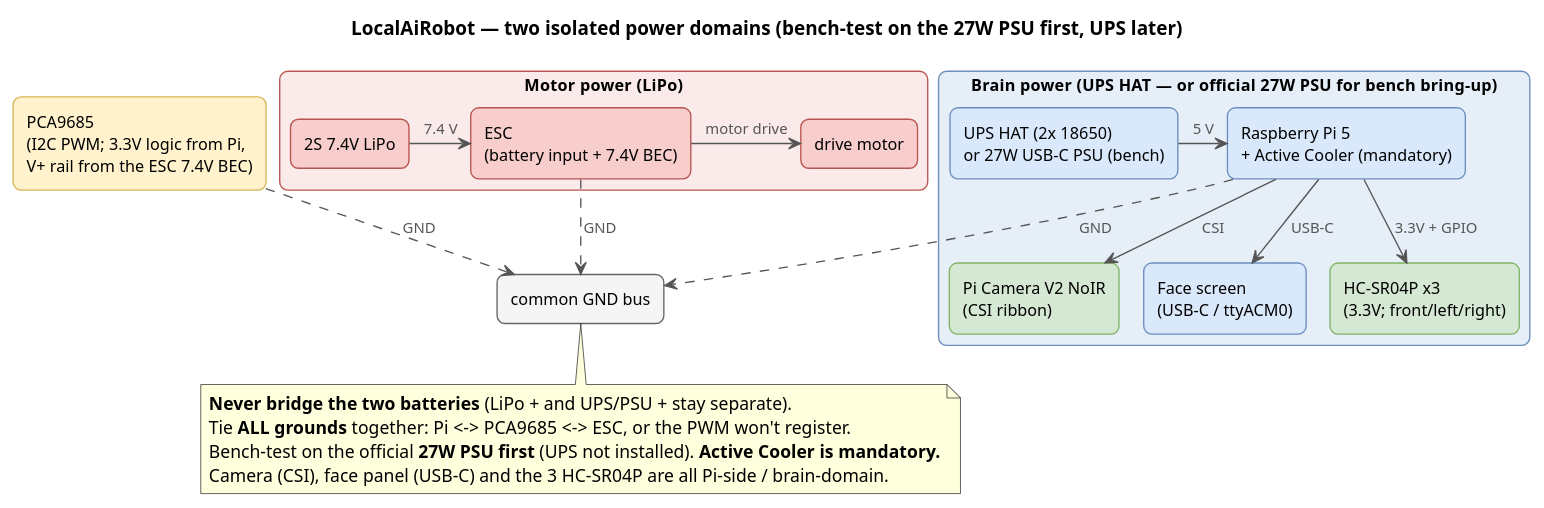
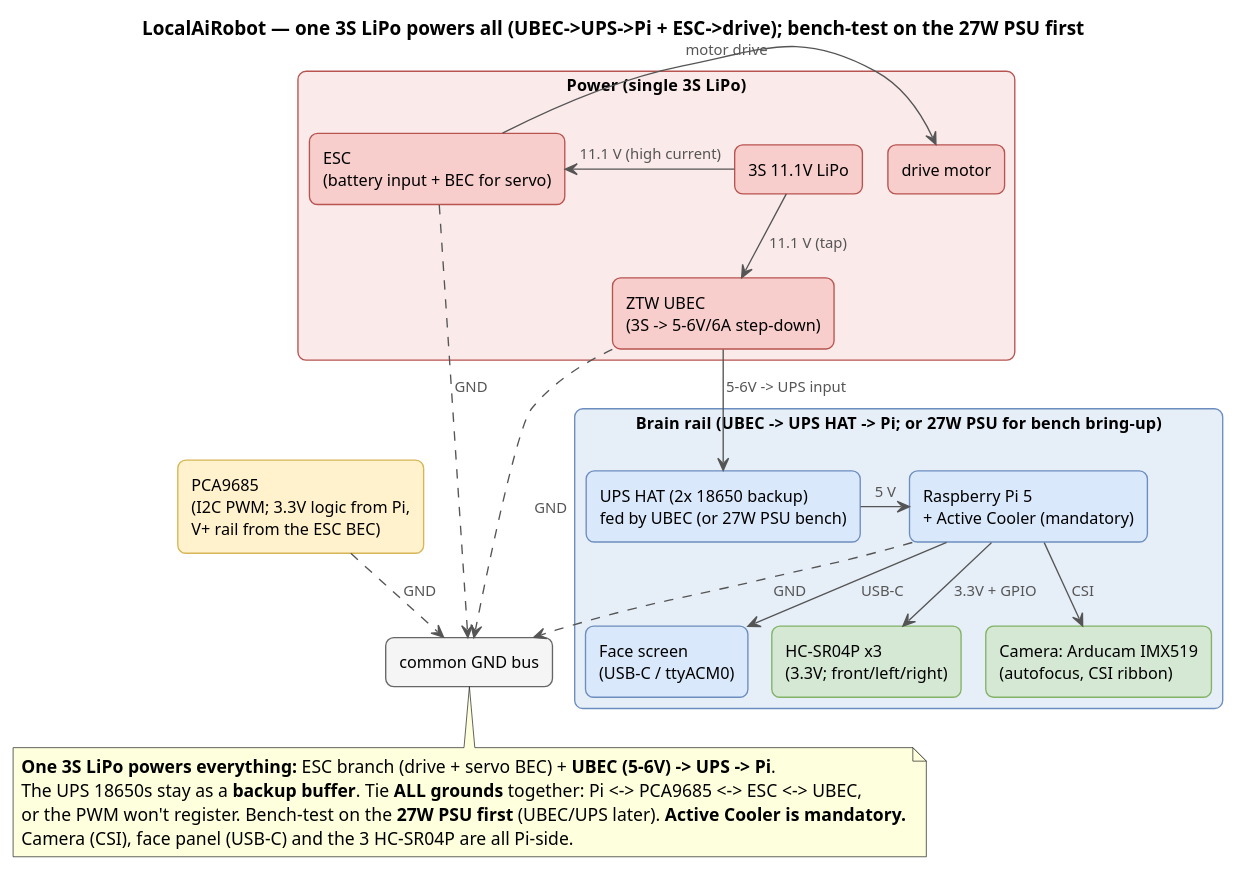
Before and after one commit to shen747/LocalAiRobot: the diagram in docs/images/assembly.puml, drawn with PlantUML. The commit also changed 20 other files, not shown here.

```diff
--- a/docs/images/assembly.puml
+++ b/docs/images/assembly.puml
@@ -1,70 +1,74 @@
 @startuml assembly
 ' LocalAiRobot — two isolated power domains (high-level), now with camera, face & 3-sensor array.
 ' This source lives next to its render. Regenerate in place (writes assembly.png here):
 '   plantuml -tpng docs/images/assembly.puml
 ' No Graphviz needed: !pragma layout smetana uses PlantUML's pure-Java layout engine.
 !pragma layout smetana
 hide stereotype
-title LocalAiRobot — two isolated power domains (bench-test on the 27W PSU first, UPS later)
+title LocalAiRobot — one 3S LiPo powers all (UBEC->UPS->Pi + ESC->drive); bench-test on the 27W PSU first
 
 skinparam backgroundColor white
 skinparam shadowing false
 skinparam defaultFontName Helvetica
 skinparam ArrowColor #555555
 skinparam ArrowFontColor #555555
 skinparam ArrowFontSize 11
 skinparam rectangle {
   RoundCorner 12
   FontSize 12
   BorderThickness 1
   BackgroundColor<<io>> #DAE8FC
   BorderColor<<io>> #6C8EBF
   BackgroundColor<<model>> #FFF2CC
   BorderColor<<model>> #D6B656
   BackgroundColor<<data>> #D5E8D4
   BorderColor<<data>> #82B366
   BackgroundColor<<motor>> #F8CECC
   BorderColor<<motor>> #B85450
   BackgroundColor<<store>> #F5F5F5
   BorderColor<<store>> #666666
   BackgroundColor<<motordomain>> #FBEAEA
   BorderColor<<motordomain>> #B85450
   BackgroundColor<<braindomain>> #E6EEF8
   BorderColor<<braindomain>> #6C8EBF
 }
 
-rectangle "Motor power  (LiPo)" as motorbox <<motordomain>> {
-  rectangle "2S 7.4V LiPo" as lipo <<motor>>
-  rectangle "ESC\n(battery input + 7.4V BEC)" as esc <<motor>>
+rectangle "Power  (single 3S LiPo)" as motorbox <<motordomain>> {
+  rectangle "3S 11.1V LiPo" as lipo <<motor>>
+  rectangle "ESC\n(battery input + BEC for servo)" as esc <<motor>>
   rectangle "drive motor" as motor <<motor>>
+  rectangle "ZTW UBEC\n(3S -> 5-6V/6A step-down)" as ubec <<motor>>
 }
-lipo -right-> esc : 7.4 V
+lipo -right-> esc : 11.1 V (high current)
+lipo --> ubec : 11.1 V (tap)
 esc -right-> motor : motor drive
 
-rectangle "Brain power  (UPS HAT  —  or official 27W PSU for bench bring-up)" as brainbox <<braindomain>> {
-  rectangle "UPS HAT (2x 18650)\nor 27W USB-C PSU (bench)" as ups <<io>>
+rectangle "Brain rail  (UBEC -> UPS HAT -> Pi;  or 27W PSU for bench bring-up)" as brainbox <<braindomain>> {
+  rectangle "UPS HAT (2x 18650 backup)\nfed by UBEC (or 27W PSU bench)" as ups <<io>>
   rectangle "Raspberry Pi 5\n+ Active Cooler (mandatory)" as pi <<io>>
-  rectangle "Pi Camera V2 NoIR\n(CSI ribbon)" as cam <<data>>
+  rectangle "Camera: Arducam IMX519\n(autofocus, CSI ribbon)" as cam <<data>>
   rectangle "Face screen\n(USB-C / ttyACM0)" as face <<io>>
   rectangle "HC-SR04P x3\n(3.3V; front/left/right)" as sonar <<data>>
 }
+ubec --> ups : 5-6V -> UPS input
 ups -right-> pi : 5 V
 pi --> cam : CSI
 pi --> face : USB-C
 pi --> sonar : 3.3V + GPIO
 
-rectangle "PCA9685\n(I2C PWM; 3.3V logic from Pi,\nV+ rail from the ESC 7.4V BEC)" as pca <<model>>
+rectangle "PCA9685\n(I2C PWM; 3.3V logic from Pi,\nV+ rail from the ESC BEC)" as pca <<model>>
 
 rectangle "common GND bus" as gnd <<store>>
 
 esc ..> gnd : GND
 pi ..> gnd : GND
 pca ..> gnd : GND
+ubec ..> gnd : GND
 
 note bottom of gnd
-  **Never bridge the two batteries** (LiPo + and UPS/PSU + stay separate).
-  Tie **ALL grounds** together: Pi <-> PCA9685 <-> ESC, or the PWM won't register.
-  Bench-test on the official **27W PSU first** (UPS not installed). **Active Cooler is mandatory.**
-  Camera (CSI), face panel (USB-C) and the 3 HC-SR04P are all Pi-side / brain-domain.
+  **One 3S LiPo powers everything:** ESC branch (drive + servo BEC) + **UBEC (5-6V) -> UPS -> Pi**.
+  The UPS 18650s stay as a **backup buffer**. Tie **ALL grounds** together: Pi <-> PCA9685 <-> ESC <-> UBEC,
+  or the PWM won't register. Bench-test on the **27W PSU first** (UBEC/UPS later). **Active Cooler is mandatory.**
+  Camera (CSI), face panel (USB-C) and the 3 HC-SR04P are all Pi-side.
 end note
 @enduml
```
